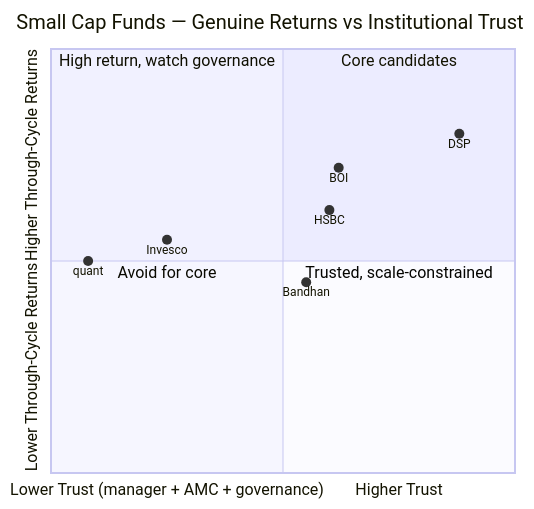
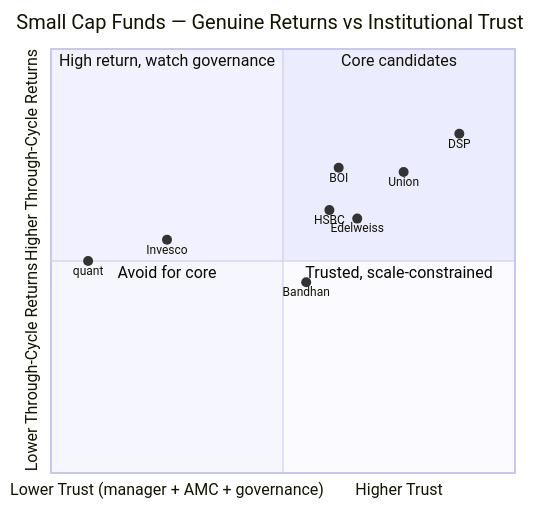
One commit to mayankutkarsh334/Investment changed the second of 5 diagrams in Mutual Fund/SmallCap/decision_tree.md. Above: the diagram before and after it, drawn with Mermaid. The commit also changed other lines of this file and 13 other files, not shown here.

````diff
--- a/Mutual Fund/SmallCap/decision_tree.md
+++ b/Mutual Fund/SmallCap/decision_tree.md
@@ -131,16 +149,18 @@
 ```mermaid
 quadrantChart
     title Small Cap Funds — Genuine Returns vs Institutional Trust
     x-axis "Lower Trust (manager + AMC + governance)" --> "Higher Trust"
     y-axis "Lower Through-Cycle Returns" --> "Higher Through-Cycle Returns"
     quadrant-1 Core candidates
     quadrant-2 High return, watch governance
     quadrant-3 Avoid for core
     quadrant-4 Trusted, scale-constrained
     DSP: [0.88, 0.80]
     BOI: [0.62, 0.72]
+    Union: [0.76, 0.71]
+    Edelweiss: [0.66, 0.60]
     HSBC: [0.60, 0.62]
     Bandhan: [0.55, 0.45]
     Invesco: [0.25, 0.55]
     quant: [0.08, 0.50]
 ```
````
